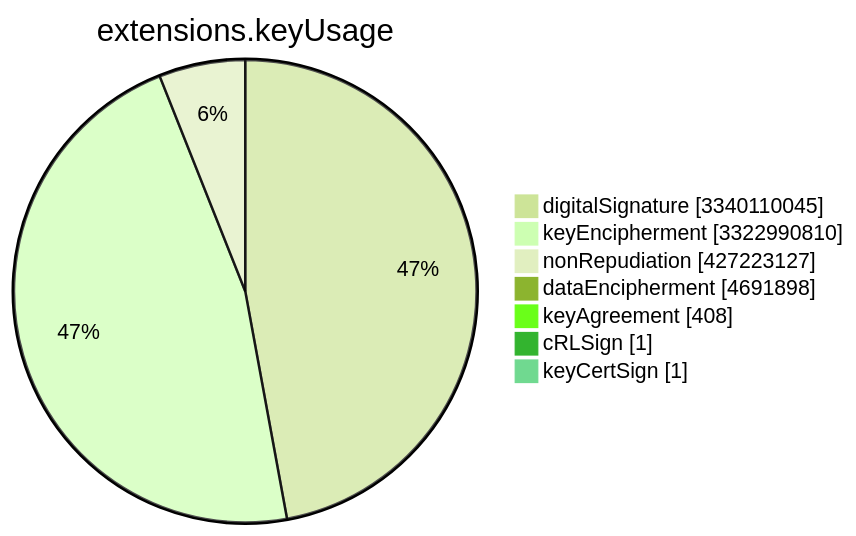
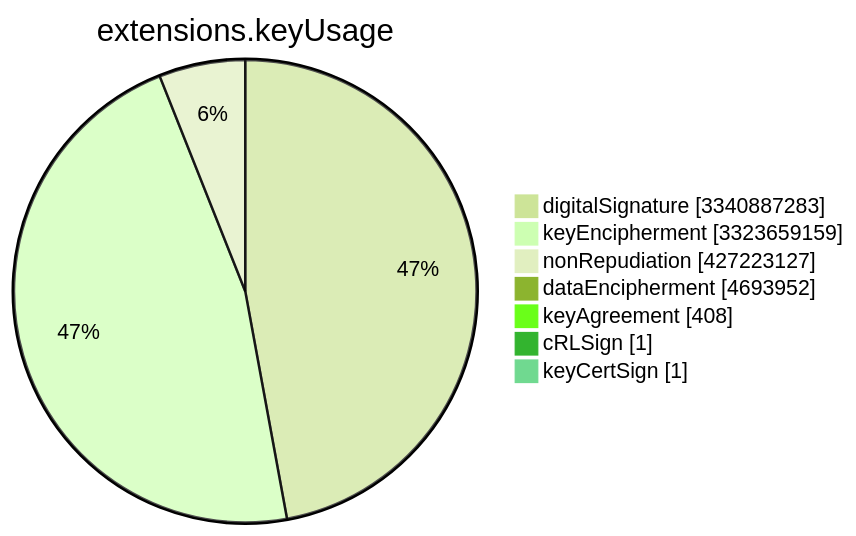
Before and after one commit to christiankrug/ctmonitor_visualization: the sixth of 15 diagrams in TOTAL/README.md, drawn with Mermaid (forest theme). The commit also changed other lines of this file, not shown here.

````diff
--- a/TOTAL/README.md
+++ b/TOTAL/README.md
@@ -3078,11 +3078,11 @@
 ```mermaid
 pie showData
 title extensions.keyUsage
-"digitalSignature" :3340110045
-"keyEncipherment" :3322990810
+"digitalSignature" :3340887283
+"keyEncipherment" :3323659159
 "nonRepudiation" :427223127
-"dataEncipherment" :4691898
+"dataEncipherment" :4693952
 "keyAgreement" :408
 "cRLSign" :1
 "keyCertSign" :1
 ```
````
